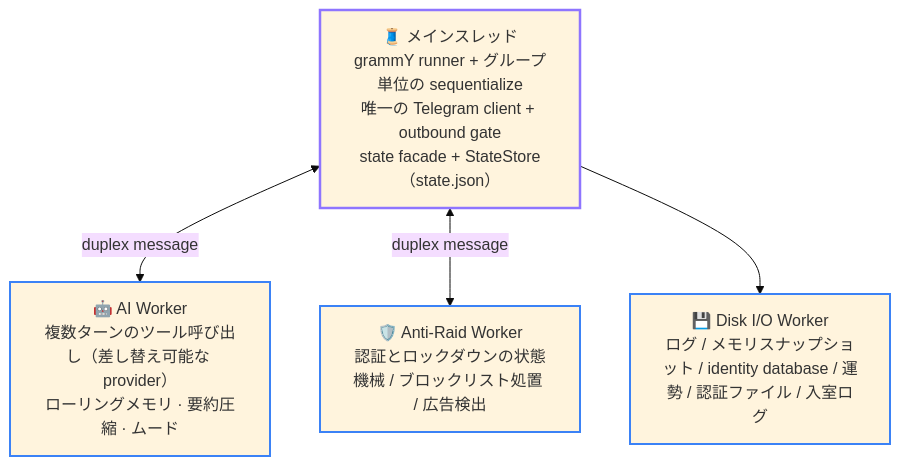
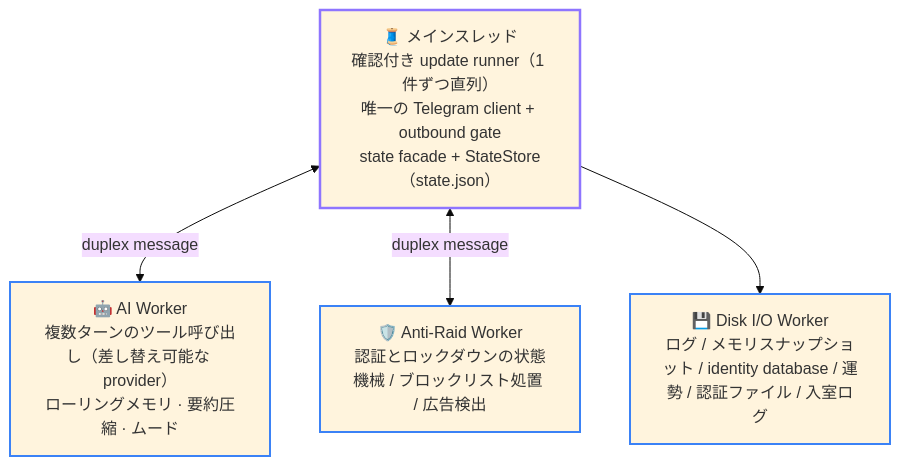
One commit to Asashishi/copy_ninjia changed the first of 2 diagrams in docs/ja/02-architecture.md. Above: the diagram before and after it, drawn with Mermaid (base theme). The commit also changed other lines of this file and 100 other files, not shown here.

````diff
--- a/docs/ja/02-architecture.md
+++ b/docs/ja/02-architecture.md
@@ -17,14 +17,14 @@
 ```mermaid
 flowchart TD
     classDef main stroke:#8e75ff,stroke-width:2.5px;
     classDef worker stroke:#3b82f6,stroke-width:2px;
 
-    MAIN["🧵 メインスレッド<br/>grammY runner + グループ単位の sequentialize<br/>唯一の Telegram client + outbound gate<br/>state facade + StateStore（state.json）"]:::main
+    MAIN["🧵 メインスレッド<br/>確認付き update runner（1 件ずつ直列）<br/>唯一の Telegram client + outbound gate<br/>state facade + StateStore（state.json）"]:::main
     AI["🤖 AI Worker<br/>複数ターンのツール呼び出し（差し替え可能な provider）<br/>ローリングメモリ · 要約圧縮 · ムード"]:::worker
     RAID["🛡️ Anti-Raid Worker<br/>認証とロックダウンの状態機械 / ブロックリスト処置 / 広告検出"]:::worker
     DISK["💾 Disk I/O Worker<br/>ログ / メモリスナップショット / identity database / 運勢 / 認証ファイル / 入室ログ"]:::worker
 
     MAIN <-->|duplex message| AI
     MAIN <-->|duplex message| RAID
     MAIN --> DISK
 ```
````
